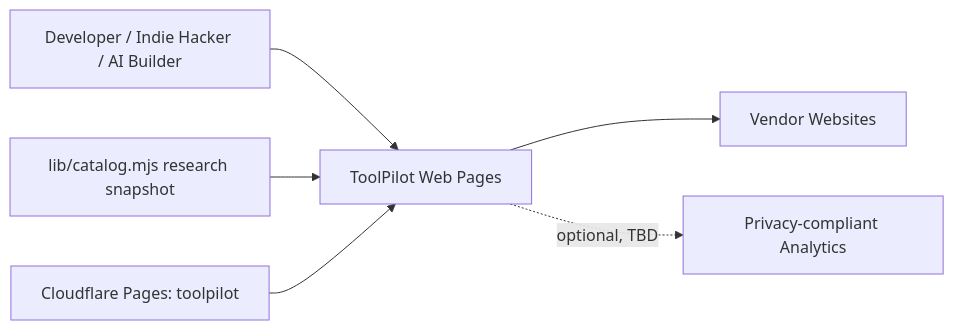
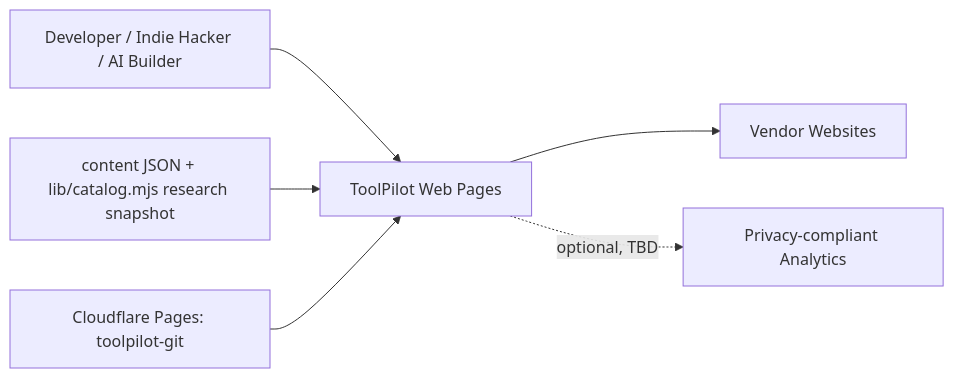
One commit to yubinhong/toolpilot changed the first of 2 diagrams in ARCHITECTURE.md. Above: the diagram before and after it, drawn with Mermaid. The commit also changed other lines of this file and 3 other files, not shown here.

Commit message:
docs(task-006): align current architecture snapshot

````diff
--- a/ARCHITECTURE.md
+++ b/ARCHITECTURE.md
@@ -38,8 +38,8 @@
 ```mermaid
 flowchart LR
     U[Developer / Indie Hacker / AI Builder] --> W[ToolPilot Web Pages]
     W --> V[Vendor Websites]
     W -. optional, TBD .-> A[Privacy-compliant Analytics]
-    C[lib/catalog.mjs research snapshot] --> W
-    S[Cloudflare Pages: toolpilot] --> W
+    C[content JSON + lib/catalog.mjs research snapshot] --> W
+    S[Cloudflare Pages: toolpilot-git] --> W
 ```
````
